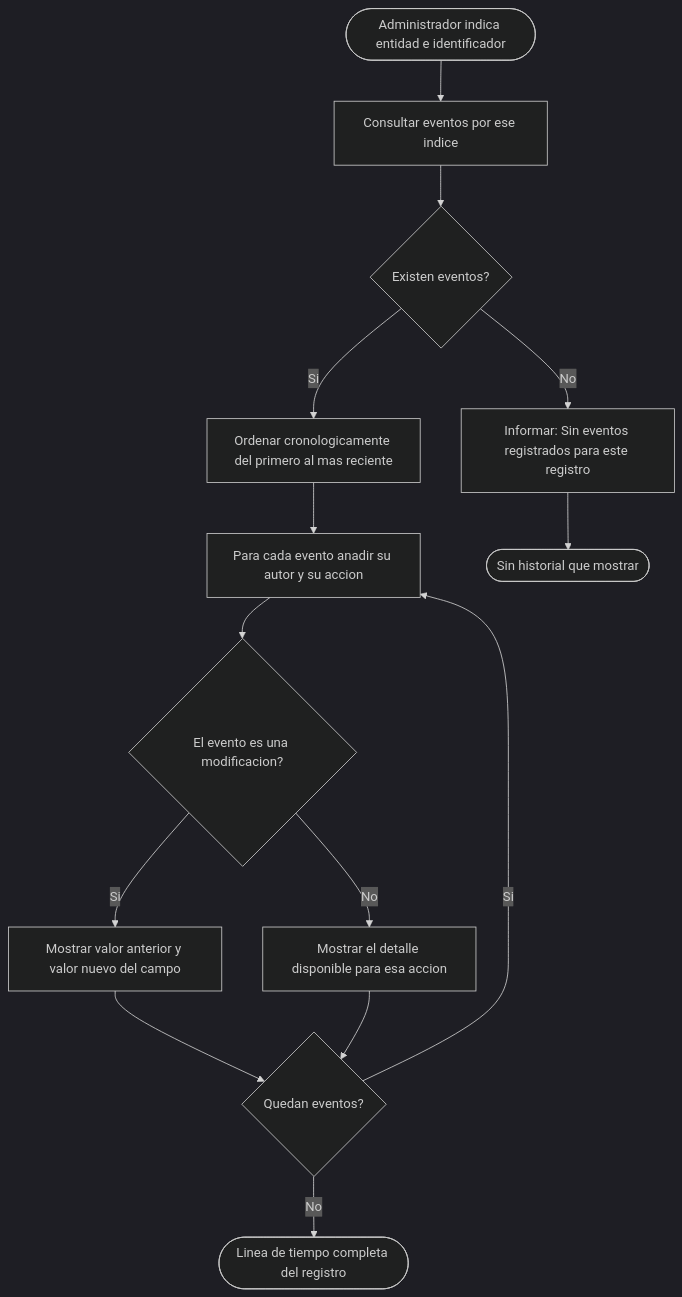
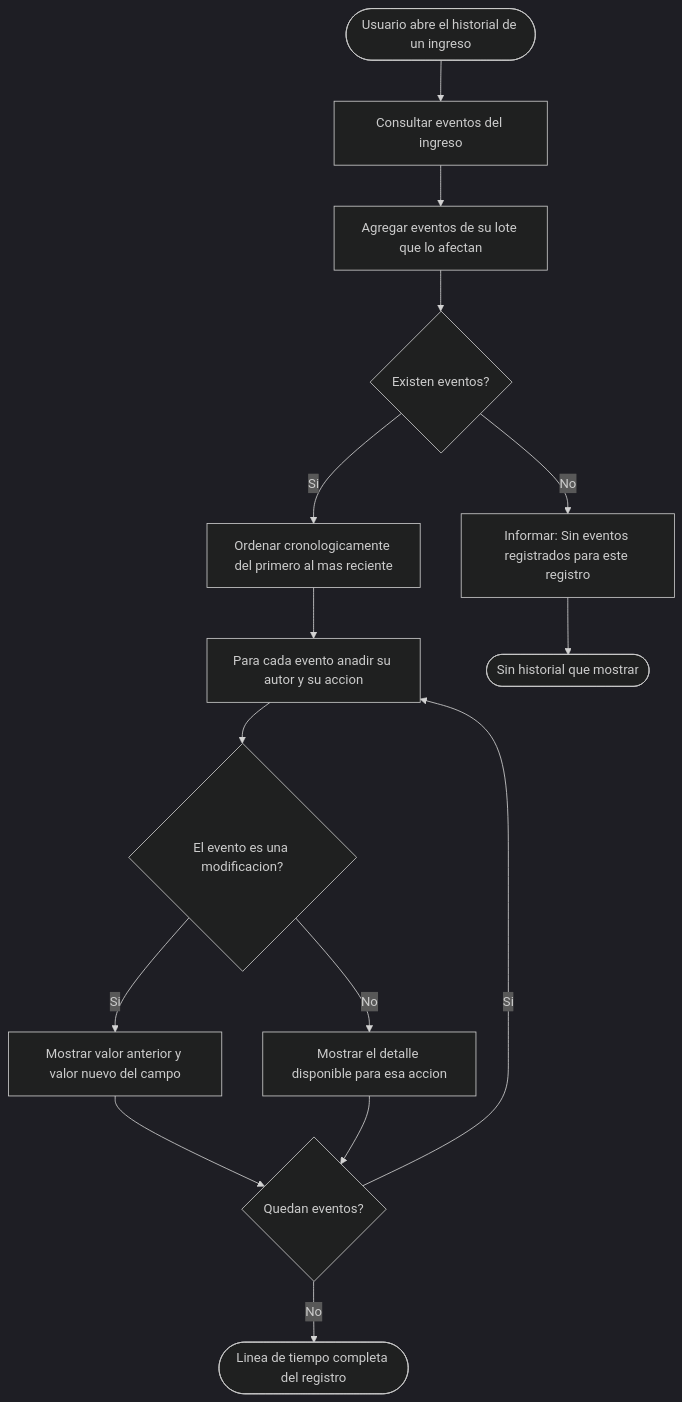
One commit to adlerOmonte1/LogisticaMinera changed the second of 4 diagrams in docs/modulos/M09-auditoria/diagramas/actividades.md. Above: the diagram before and after it, drawn with Mermaid (dark theme). The commit also changed other lines of this file and 9 other files, not shown here.

````diff
--- a/docs/modulos/M09-auditoria/diagramas/actividades.md
+++ b/docs/modulos/M09-auditoria/diagramas/actividades.md
@@ -22,16 +22,17 @@
 ```mermaid
 flowchart TD
-    I([Administrador indica entidad e identificador]) --> C1[Consultar eventos por ese indice]
-    C1 --> D1{Existen eventos?}
+    I([Usuario abre el historial de un ingreso]) --> C1[Consultar eventos del ingreso]
+    C1 --> C0[Agregar eventos de su lote que lo afectan]
+    C0 --> D1{Existen eventos?}
     D1 -->|No| M1[Informar: Sin eventos registrados para este registro]
     D1 -->|Si| C2[Ordenar cronologicamente del primero al mas reciente]
     C2 --> C3[Para cada evento anadir su autor y su accion]
     C3 --> D2{El evento es una modificacion?}
     D2 -->|Si| A1[Mostrar valor anterior y valor nuevo del campo]
     D2 -->|No| A2[Mostrar el detalle disponible para esa accion]
     A1 --> C4{Quedan eventos?}
     A2 --> C4
     C4 -->|Si| C3
     C4 -->|No| F1([Linea de tiempo completa del registro])
     M1 --> F2([Sin historial que mostrar])
 ```
````
